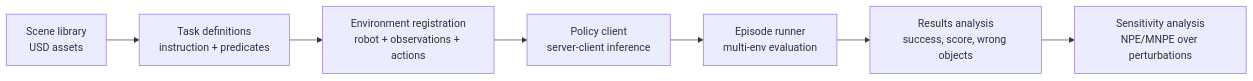
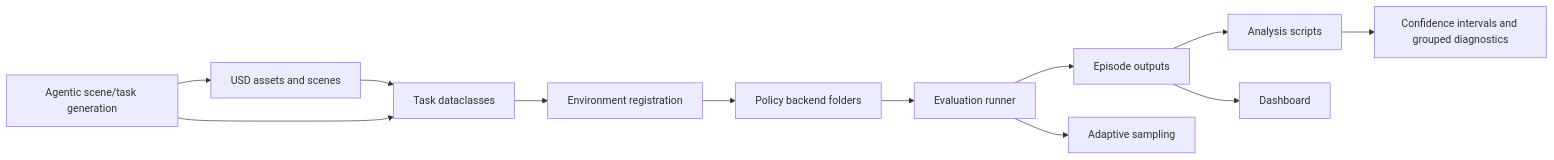
Before and after one commit to niuverse/llm-wiki: the diagram in wiki/entities/RoboLab.md, drawn with Mermaid. The commit also changed other lines of this file and 15 other files, not shown here.

````diff
--- a/wiki/entities/RoboLab.md
+++ b/wiki/entities/RoboLab.md
@@ -13,9 +13,14 @@
 ```mermaid
 flowchart LR
-  A["Scene library<br/>USD assets"] --> B["Task definitions<br/>instruction + predicates"]
-  B --> C["Environment registration<br/>robot + observations + actions"]
-  C --> D["Policy client<br/>server-client inference"]
-  D --> E["Episode runner<br/>multi-env evaluation"]
-  E --> F["Results analysis<br/>success, score, wrong objects"]
-  F --> G["Sensitivity analysis<br/>NPE/MNPE over perturbations"]
+  A[USD assets and scenes] --> B[Task dataclasses]
+  B --> C[Environment registration]
+  C --> D[Policy backend folders]
+  D --> E[Evaluation runner]
+  E --> F[Episode outputs]
+  F --> G[Analysis scripts]
+  F --> H[Dashboard]
+  E --> I[Adaptive sampling]
+  G --> J[Confidence intervals and grouped diagnostics]
+  K[Agentic scene/task generation] --> A
+  K --> B
 ```
````
